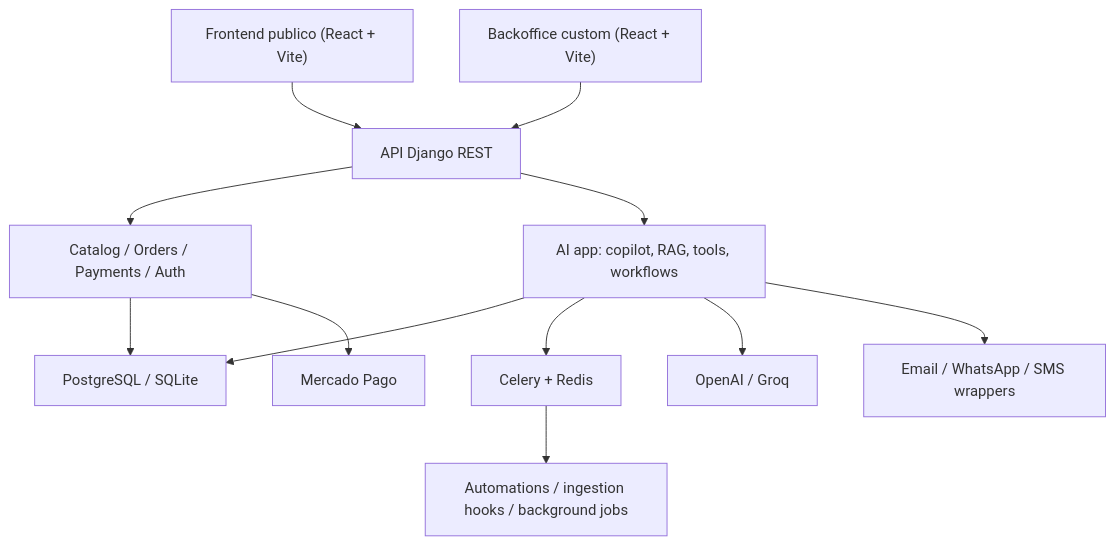
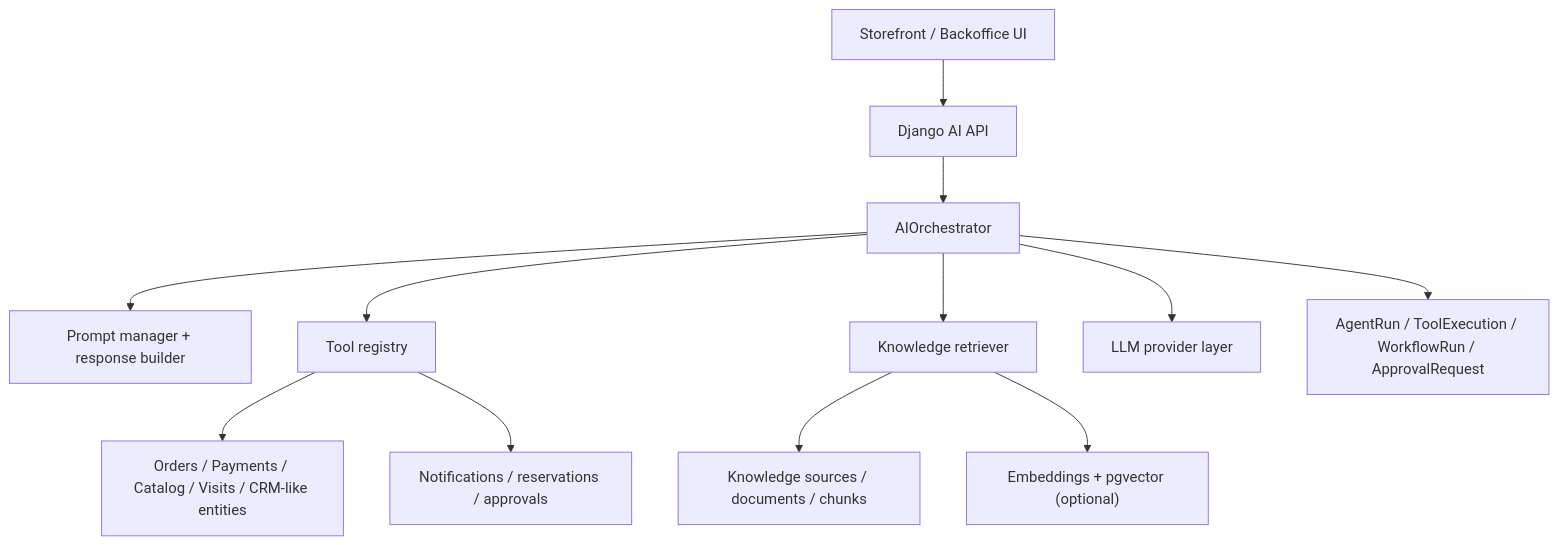
Before and after one commit to villegasbraulio/La-Abeja: the second of 5 diagrams in README.md, drawn with Mermaid. The commit also changed other lines of this file and 23 other files, not shown here.

````diff
--- a/README.md
+++ b/README.md
@@ -187,14 +50,14 @@
 ```mermaid
 flowchart TD
-    A["Frontend publico (React + Vite)"] --> B["API Django REST"]
-    C["Backoffice custom (React + Vite)"] --> B
-    B --> D["Catalog / Orders / Payments / Auth"]
-    B --> E["AI app: copilot, RAG, tools, workflows"]
-    D --> F["PostgreSQL / SQLite"]
-    E --> F
-    E --> G["Celery + Redis"]
-    G --> H["Automations / ingestion hooks / background jobs"]
-    D --> I["Mercado Pago"]
-    E --> J["OpenAI / Groq"]
-    E --> K["Email / WhatsApp / SMS wrappers"]
+    A["Storefront / Backoffice UI"] --> B["Django AI API"]
+    B --> C["AIOrchestrator"]
+    C --> D["Prompt manager + response builder"]
+    C --> E["Tool registry"]
+    C --> F["Knowledge retriever"]
+    C --> G["LLM provider layer"]
+    F --> H["Knowledge sources / documents / chunks"]
+    F --> I["Embeddings + pgvector (optional)"]
+    E --> J["Orders / Payments / Catalog / Visits / CRM-like entities"]
+    E --> K["Notifications / reservations / approvals"]
+    C --> L["AgentRun / ToolExecution / WorkflowRun / ApprovalRequest"]
 ```
````
